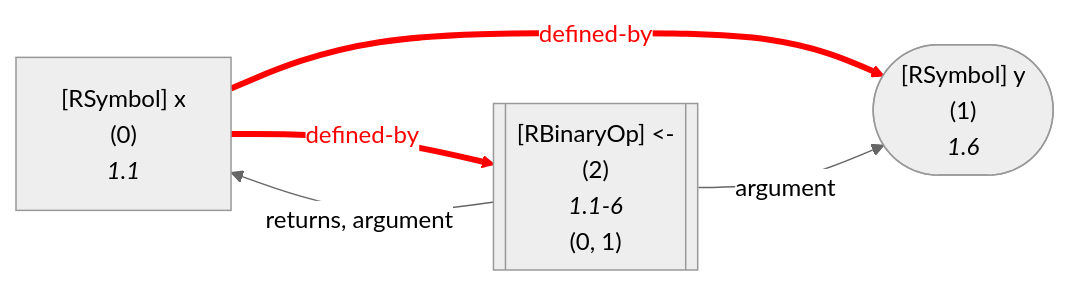
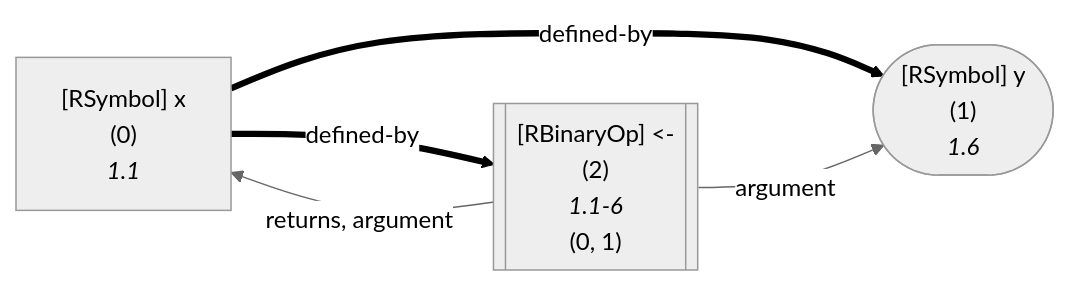
Before and after one commit to flowr-analysis/flowr: diagram 14 of 26 in wiki/Dataflow Graph.md, drawn with Mermaid (neutral theme). The commit also changed other lines of this file and 10 other files, not shown here.

Commit message:
doc(dfg): improve documentation for the dataflow graph value

````diff
--- a/wiki/Dataflow Graph.md
+++ b/wiki/Dataflow Graph.md
@@ -919,19 +1103,19 @@
 ```mermaid
 flowchart LR
     1(["`#91;RSymbol#93; y
       (1)
       *1.6*`"])
     0["`#91;RSymbol#93; x
       (0)
       *1.1*`"]
     2[["`#91;RBinaryOp#93; #60;#45;
       (2)
       *1.1-6*
     (0, 1)`"]]
     0 -->|"defined-by"| 1
-    linkStyle 0 stroke:red,color:red,stroke-width:4px;
+    linkStyle 0 stroke:black,color:black,stroke-width:4.2px;
     0 -->|"defined-by"| 2
-    linkStyle 1 stroke:red,color:red,stroke-width:4px;
+    linkStyle 1 stroke:black,color:black,stroke-width:4.2px;
     2 -->|"argument"| 1
     2 -->|"returns, argument"| 0
 ```
````
